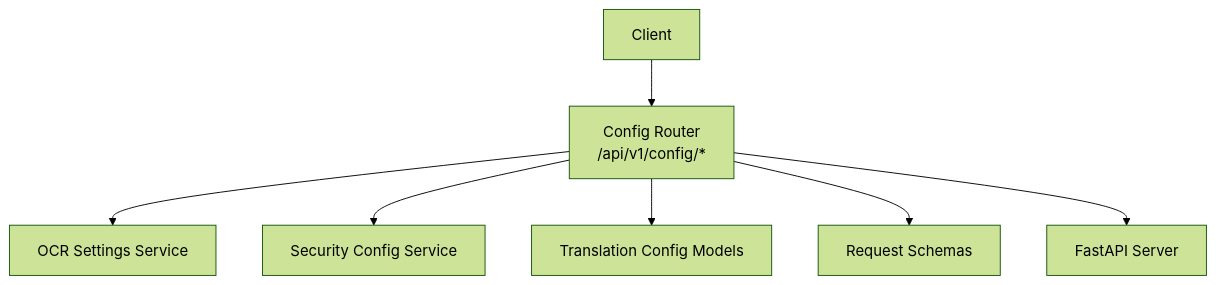
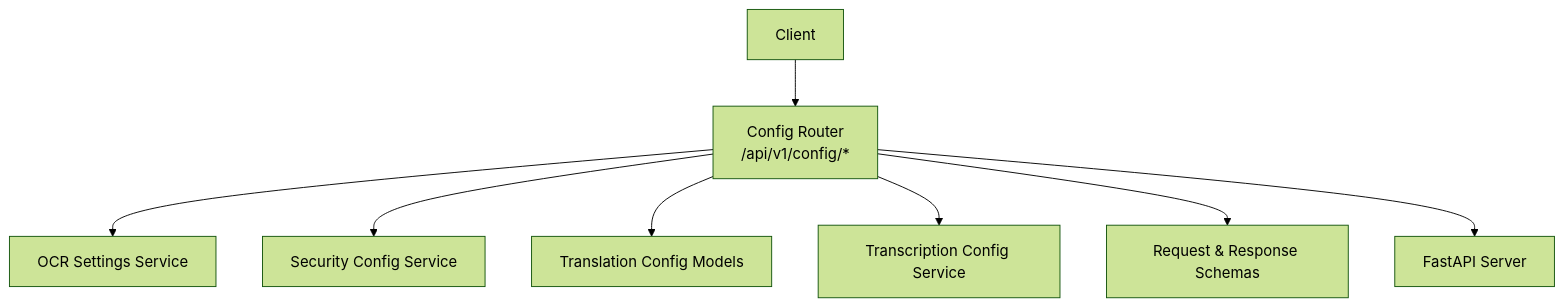
One commit to Sifr-r/LocalDeepL changed the first of 3 diagrams in .qoder/repowiki/en/content/API Reference/REST API Endpoints/Configuration API.md. Above: the diagram before and after it, drawn with Mermaid (forest theme). The commit also changed other lines of this file and 104 other files, not shown here.

````diff
--- a/.qoder/repowiki/en/content/API Reference/REST API Endpoints/Configuration API.md
+++ b/.qoder/repowiki/en/content/API Reference/REST API Endpoints/Configuration API.md
@@ -36,9 +49,10 @@
 ```mermaid
 graph TB
 Client["Client"] --> Router["Config Router<br/>/api/v1/config/*"]
 Router --> OcrSvc["OCR Settings Service"]
 Router --> SecCfgSvc["Security Config Service"]
 Router --> TransCfg["Translation Config Models"]
-Router --> Schemas["Request Schemas"]
+Router --> TranscriptionSvc["Transcription Config Service"]
+Router --> Schemas["Request & Response Schemas"]
 Router --> Server["FastAPI Server"]
 ```
````
